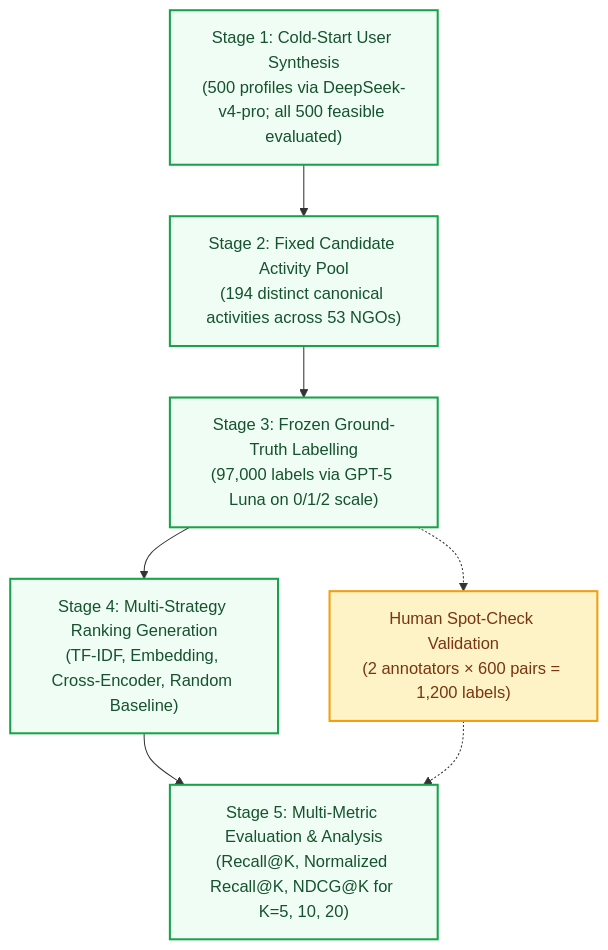
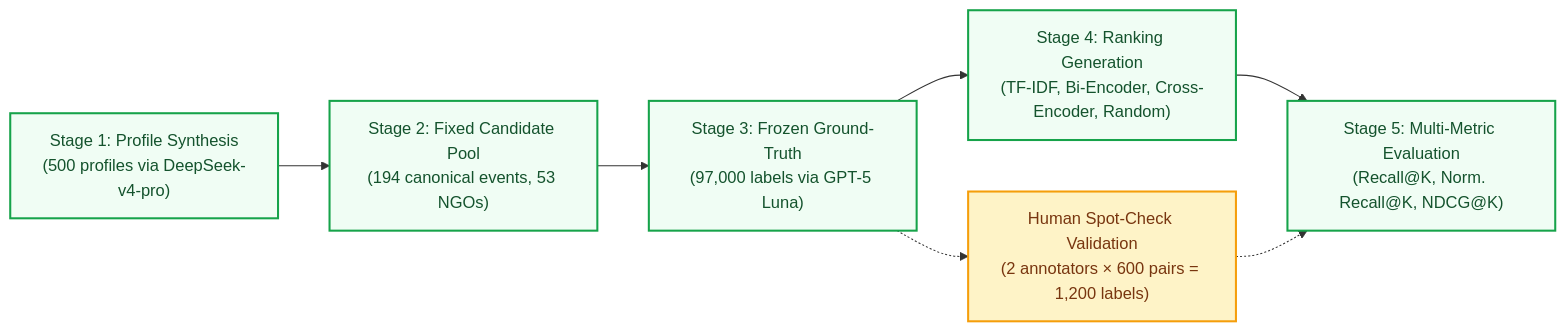
One commit to Bob8259/CSIT-5210-Group-Project changed the diagram in figures/experiment_stages.mmd. Above: the diagram before and after it, drawn with Mermaid. The commit also changed 3 other files, not shown here.

Commit message:
style: convert Figure 4 to compact horizontal layout and update report

```diff
--- a/figures/experiment_stages.mmd
+++ b/figures/experiment_stages.mmd
@@ -1,13 +1,14 @@
 
-flowchart TD
-    S1["Stage 1: Cold-Start User Synthesis<br/>(500 profiles via DeepSeek-v4-pro; all 500 feasible evaluated)"] --> S2["Stage 2: Fixed Candidate Activity Pool<br/>(194 distinct canonical activities across 53 NGOs)"]
-    S2 --> S3["Stage 3: Frozen Ground-Truth Labelling<br/>(97,000 labels via GPT-5 Luna on 0/1/2 scale)"]
-    S3 --> S4["Stage 4: Multi-Strategy Ranking Generation<br/>(TF-IDF, Embedding, Cross-Encoder, Random Baseline)"]
-    S4 --> S5["Stage 5: Multi-Metric Evaluation & Analysis<br/>(Recall@K, Normalized Recall@K, NDCG@K for K=5, 10, 20)"]
+flowchart LR
+    S1["Stage 1: Profile Synthesis<br/>(500 profiles via DeepSeek-v4-pro)"] --> S2["Stage 2: Fixed Candidate Pool<br/>(194 canonical events, 53 NGOs)"]
+    S2 --> S3["Stage 3: Frozen Ground-Truth<br/>(97,000 labels via GPT-5 Luna)"]
+    S3 --> S4["Stage 4: Ranking Generation<br/>(TF-IDF, Bi-Encoder, Cross-Encoder, Random)"]
+    S4 --> S5["Stage 5: Multi-Metric Evaluation<br/>(Recall@K, Norm. Recall@K, NDCG@K)"]
+    
     S3 -.-> HC["Human Spot-Check Validation<br/>(2 annotators × 600 pairs = 1,200 labels)"]
     HC -.-> S5
 
     classDef stage fill:#F0FDF4,stroke:#16A34A,stroke-width:2px,color:#14532D;
     classDef check fill:#FEF3C7,stroke:#F59E0B,stroke-width:2px,color:#78350F;
     class S1,S2,S3,S4,S5 stage;
     class HC check;
```
